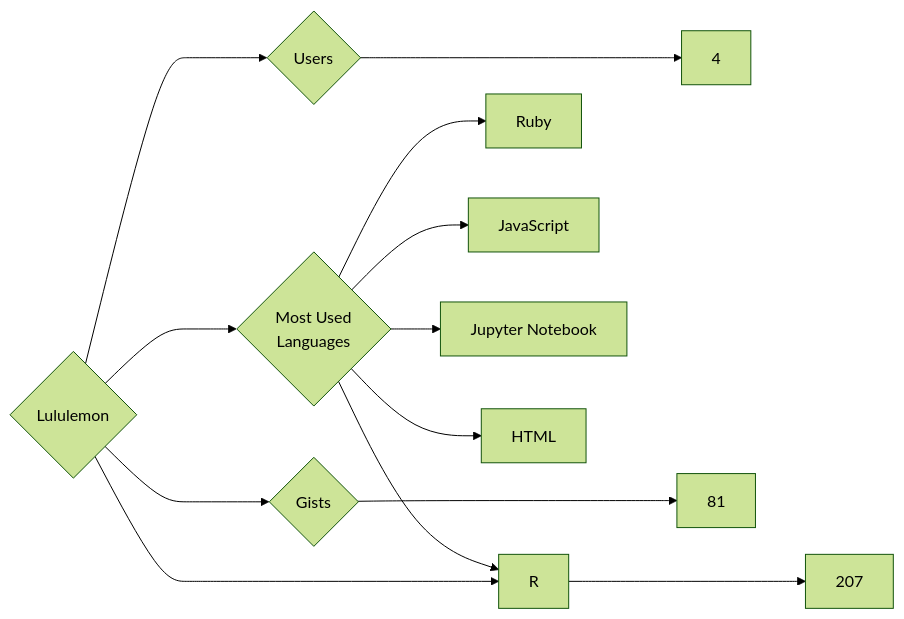
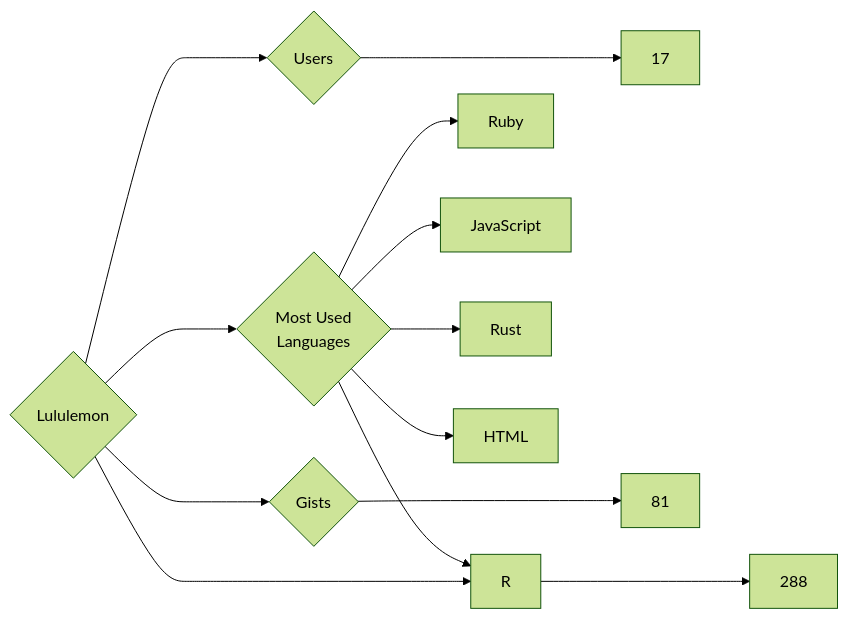
One commit to trickest/insiders changed the diagram in targets/Lululemon/README.md. Above: the diagram before and after it, drawn with Mermaid (forest theme). The commit also changed 809 other files, not shown here.

````diff
--- a/targets/Lululemon/README.md
+++ b/targets/Lululemon/README.md
@@ -3,13 +3,13 @@
 ```mermaid
 graph LR
 COMPANY_NAME{Lululemon}
-COMPANY_NAME ---> U{Users} ---> UN[4]
-COMPANY_NAME ---> R{Repositories} ---> RN[207]
+COMPANY_NAME ---> U{Users} ---> UN[17]
+COMPANY_NAME ---> R{Repositories} ---> RN[288]
 COMPANY_NAME ---> G{Gists} ---> GN[81]
 COMPANY_NAME ---> ML{Most Used<br>Languages}
 ML --> Ruby[Ruby]
 ML --> JavaScript[JavaScript]
-ML --> Jupyter_Notebook[Jupyter Notebook]
+ML --> Rust[Rust]
+ML --> R[R]
 ML --> HTML[HTML]
-ML --> R[R]
 ```
````
